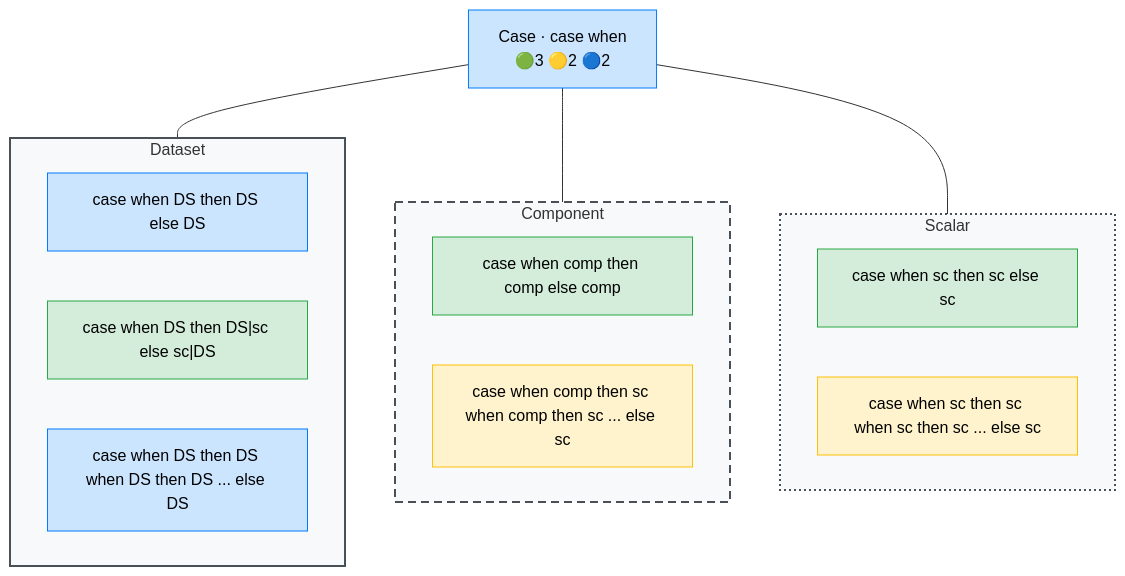
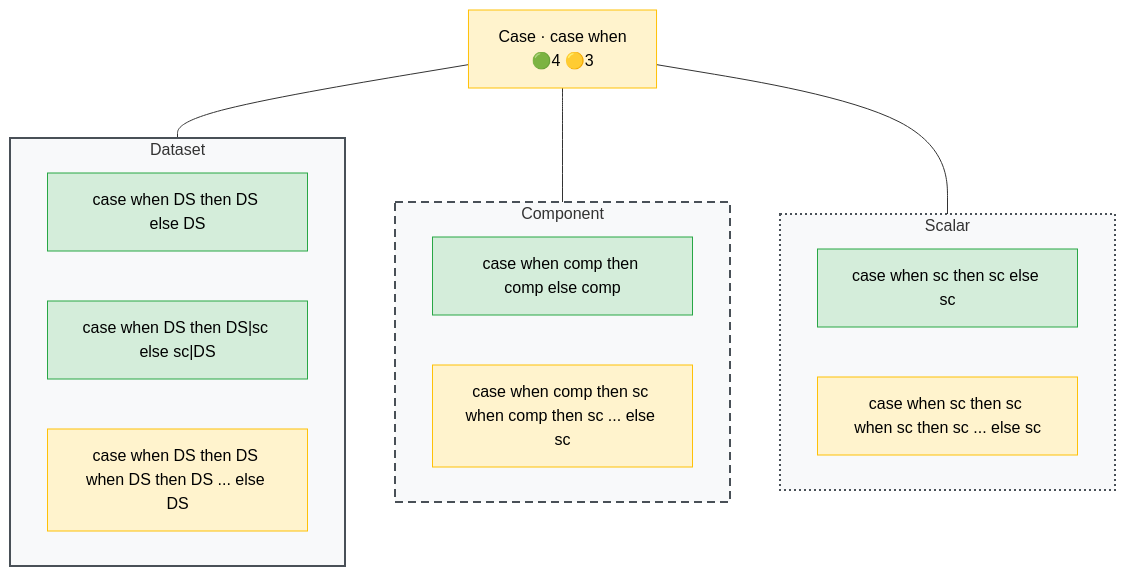
One commit to Meaningful-Data/vtlengine changed the diagram in docs/operator_map/conditional/case.rst. Above: the diagram before and after it, drawn with Mermaid. The commit also changed other lines of this file and 161 other files, not shown here.

```diff
--- a/docs/operator_map/conditional/case.rst
+++ b/docs/operator_map/conditional/case.rst
@@ -21,41 +21,41 @@
 .. mermaid::
    :config: {"flowchart": {"useMaxWidth": false}}
 
    flowchart TB
        classDef ok fill:#d4edda,stroke:#28a745,color:#000
        classDef partial fill:#fff3cd,stroke:#ffc107,color:#000
        classDef refused fill:#d4edda,stroke:#28a745,stroke-width:3px,stroke-dasharray: 2 2,color:#000
        classDef missing fill:#f8d7da,stroke:#dc3545,color:#000
        classDef diverge fill:#cce5ff,stroke:#007bff,color:#000
        classDef block fill:#2b3a4a,stroke:#2b3a4a,color:#fff,font-weight:bold
        classDef ext fill:#fff,stroke:#666,color:#000,stroke-dasharray: 5 5
-       O["Case · case when<br/>🟢3 🟡2 🔵2"]:::diverge
+       O["Case · case when<br/>🟢4 🟡3"]:::partial
        subgraph G_ds["Dataset"]
            direction LR
-           v_ds["case when DS then DS else DS"]:::diverge
+           v_ds["case when DS then DS else DS"]:::ok
            v_ds_scalar_branch["case when DS then DS#124;sc else sc#124;DS"]:::ok
-           v_ds_multi_when["case when DS then DS when DS then DS ... else DS"]:::diverge
+           v_ds_multi_when["case when DS then DS when DS then DS ... else DS"]:::partial
        end
        subgraph G_comp["Component"]
            direction LR
            v_comp["case when comp then comp else comp"]:::ok
            v_comp_multi_when["case when comp then sc when comp then sc ... else sc"]:::partial
        end
        subgraph G_sc["Scalar"]
            direction LR
            v_sc["case when sc then sc else sc"]:::ok
            v_sc_multi_when["case when sc then sc when sc then sc ... else sc"]:::partial
        end
        O --- G_ds
        O --- G_comp
        O --- G_sc
        style G_ds fill:#f8f9fa,stroke:#495057,stroke-width:2px
        style G_comp fill:#f8f9fa,stroke:#495057,stroke-width:2px,stroke-dasharray: 8 5
        style G_sc fill:#f8f9fa,stroke:#495057,stroke-width:2px,stroke-dasharray: 2 3
        click v_ds href "#form-ds"
        click v_ds_scalar_branch href "#form-ds-scalar-branch"
        click v_ds_multi_when href "#form-ds-multi-when"
        click v_comp href "#form-comp"
        click v_comp_multi_when href "#form-comp-multi-when"
        click v_sc href "#form-sc"
        click v_sc_multi_when href "#form-sc-multi-when"
```
